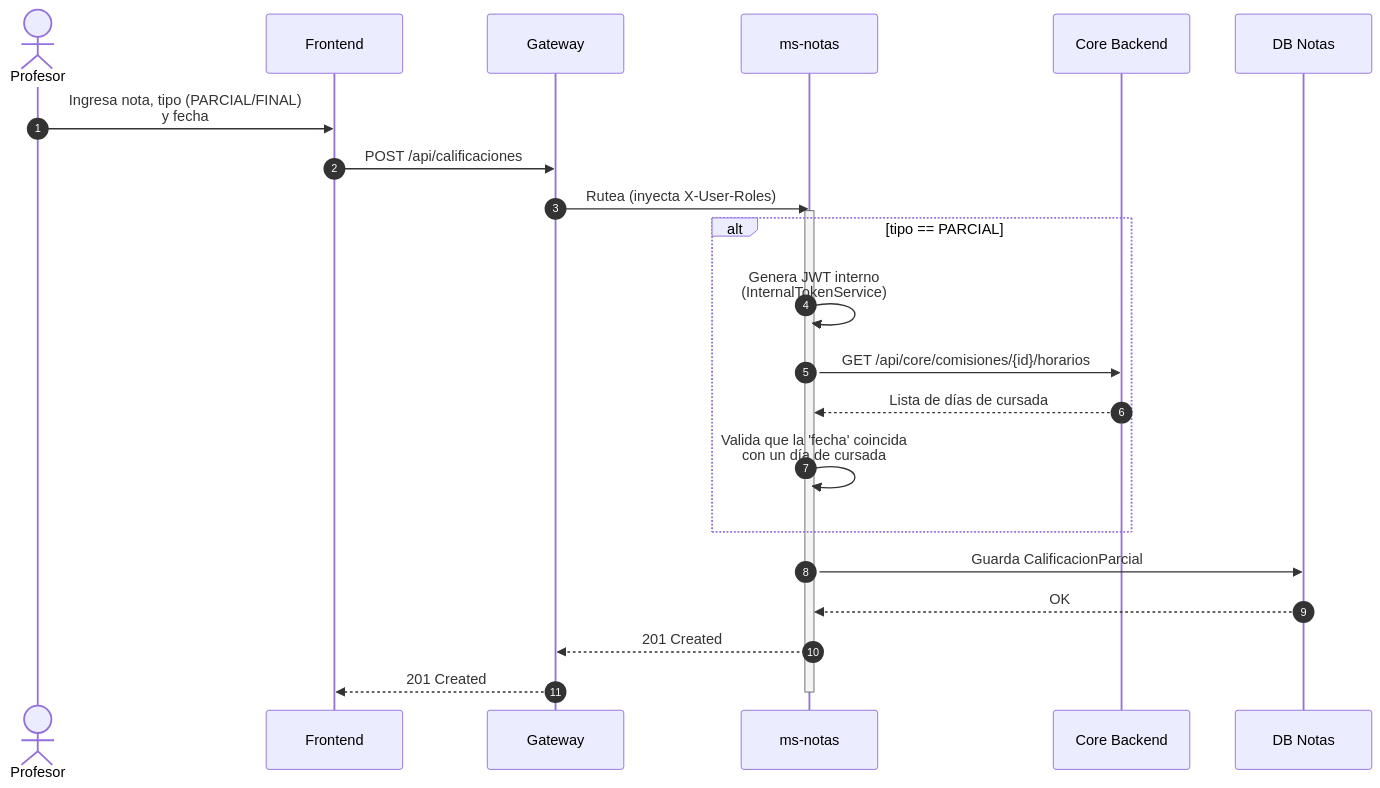
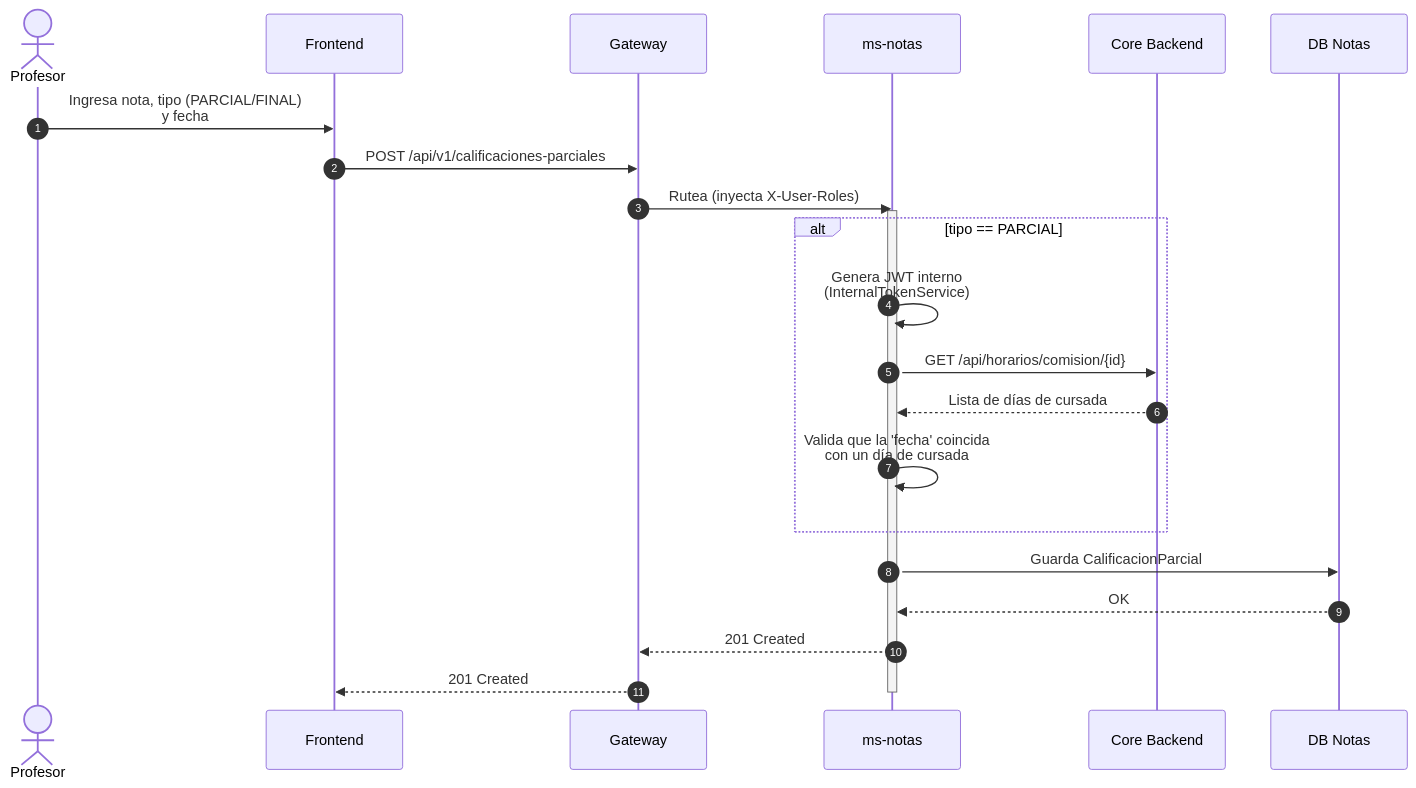
The first of 2 diagrams in docs/03.30-Diagrama_Secuencia_Notas.md (JuancaSterba/web-2026-itec), drawn with Mermaid before and after one commit. The commit also changed other lines of this file and 38 other files, not shown here.

First line of the commit message:
feat(gateway): exponer el contrato publico bajo /api/v1/** (#40)

````diff
--- a/docs/03.30-Diagrama_Secuencia_Notas.md
+++ b/docs/03.30-Diagrama_Secuencia_Notas.md
@@ -9,29 +9,29 @@
 ```mermaid
 sequenceDiagram
     autonumber
     actor Profesor
     participant Frontend
     participant Gateway
     participant MS_Notas as ms-notas
     participant Core as Core Backend
     participant DB_Notas as DB Notas
 
     Profesor->>Frontend: Ingresa nota, tipo (PARCIAL/FINAL)<br>y fecha
-    Frontend->>Gateway: POST /api/calificaciones
+    Frontend->>Gateway: POST /api/v1/calificaciones-parciales
     Gateway->>MS_Notas: Rutea (inyecta X-User-Roles)
     
     activate MS_Notas
     
     alt tipo == PARCIAL
         MS_Notas->>MS_Notas: Genera JWT interno<br>(InternalTokenService)
-        MS_Notas->>Core: GET /api/core/comisiones/{id}/horarios
+        MS_Notas->>Core: GET /api/horarios/comision/{id}
         Core-->>MS_Notas: Lista de días de cursada
         MS_Notas->>MS_Notas: Valida que la 'fecha' coincida<br>con un día de cursada
     end
     
     MS_Notas->>DB_Notas: Guarda CalificacionParcial
     DB_Notas-->>MS_Notas: OK
     MS_Notas-->>Gateway: 201 Created
     Gateway-->>Frontend: 201 Created
     deactivate MS_Notas
 ```
````
